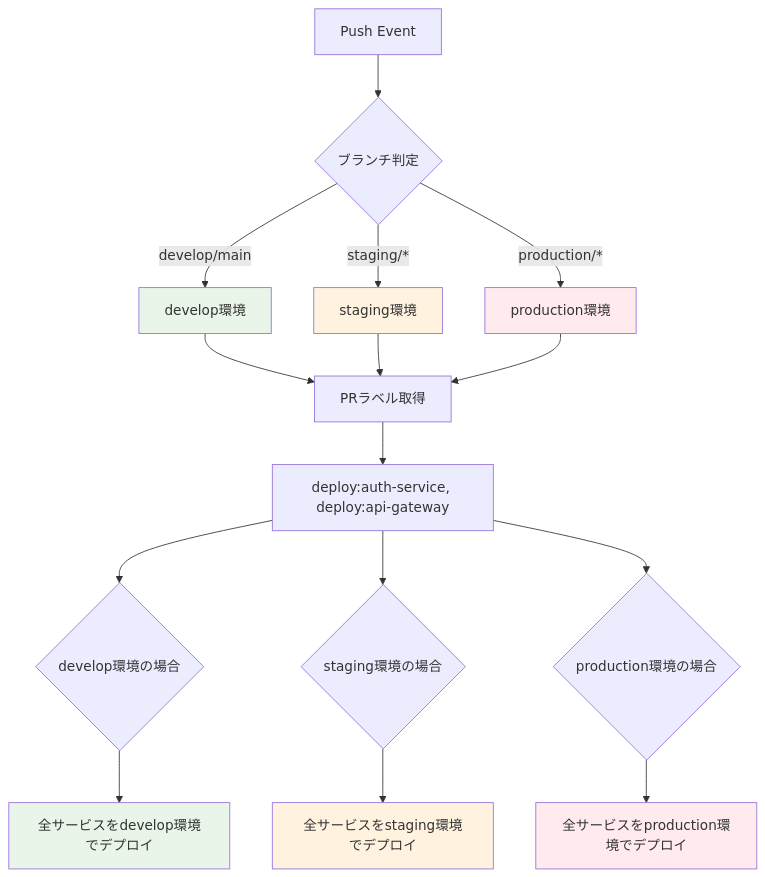
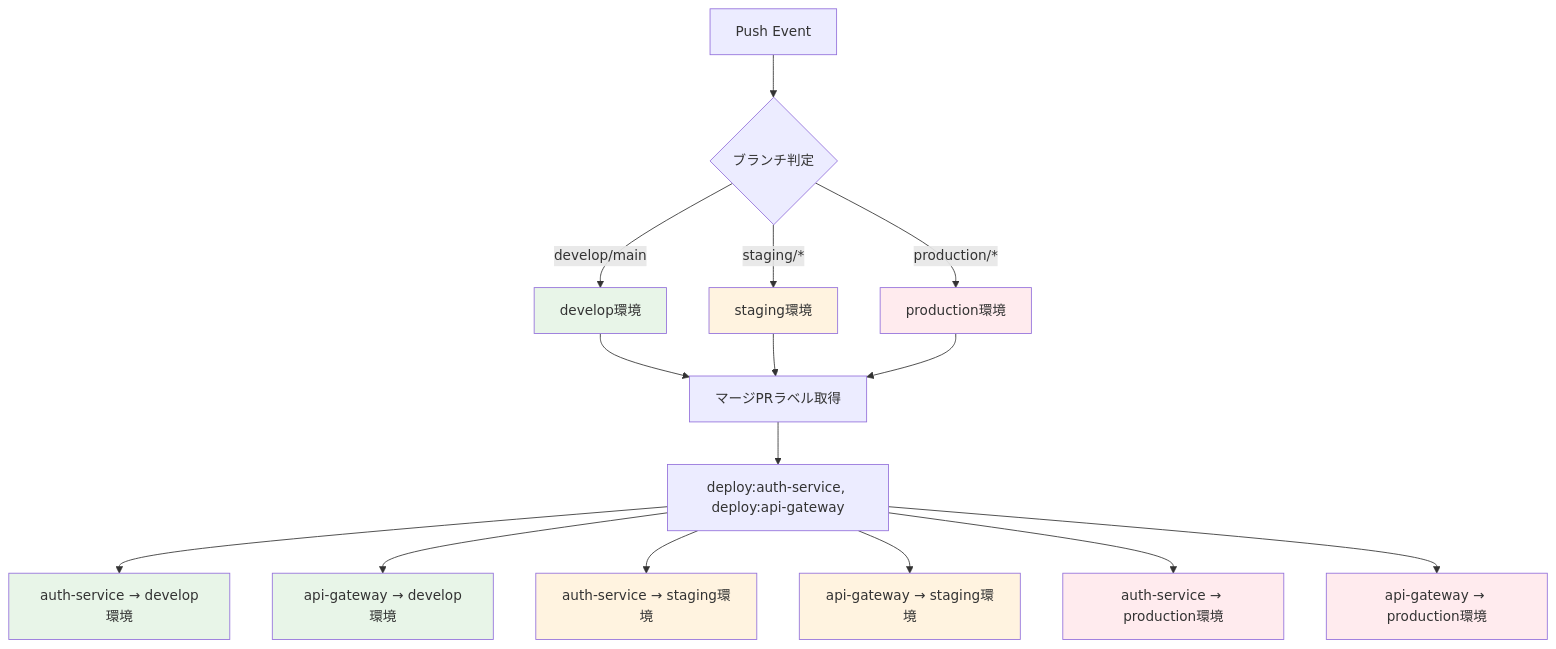
Before and after one commit to panicboat/monorepo: the third of 4 diagrams in .github/scripts/deploy-trigger/README.md, drawn with Mermaid. The commit also changed other lines of this file and 5 other files, not shown here.

````diff
--- a/.github/scripts/deploy-trigger/README.md
+++ b/.github/scripts/deploy-trigger/README.md
@@ -68,29 +84,31 @@
 ```mermaid
 graph TD
     A[Push Event] --> B{ブランチ判定}
 
     B -->|develop/main| C[develop環境]
     B -->|staging/*| D[staging環境]
     B -->|production/*| E[production環境]
 
-    C --> F[PRラベル取得]
+    C --> F[マージPRラベル取得]
     D --> F
     E --> F
 
     F --> G[deploy:auth-service, deploy:api-gateway]
 
-    G --> H{develop環境の場合}
-    G --> I{staging環境の場合}
-    G --> J{production環境の場合}
-
-    H --> K[全サービスをdevelop環境でデプロイ]
-    I --> L[全サービスをstaging環境でデプロイ]
-    J --> M[全サービスをproduction環境でデプロイ]
+    G --> H[auth-service → develop環境]
+    G --> I[api-gateway → develop環境]
+    G --> J[auth-service → staging環境]
+    G --> K[api-gateway → staging環境]
+    G --> L[auth-service → production環境]
+    G --> M[api-gateway → production環境]
 
     style C fill:#e8f5e8
     style D fill:#fff3e0
     style E fill:#ffebee
-    style K fill:#e8f5e8
-    style L fill:#fff3e0
+    style H fill:#e8f5e8
+    style I fill:#e8f5e8
+    style J fill:#fff3e0
+    style K fill:#fff3e0
+    style L fill:#ffebee
     style M fill:#ffebee
 ```
````
